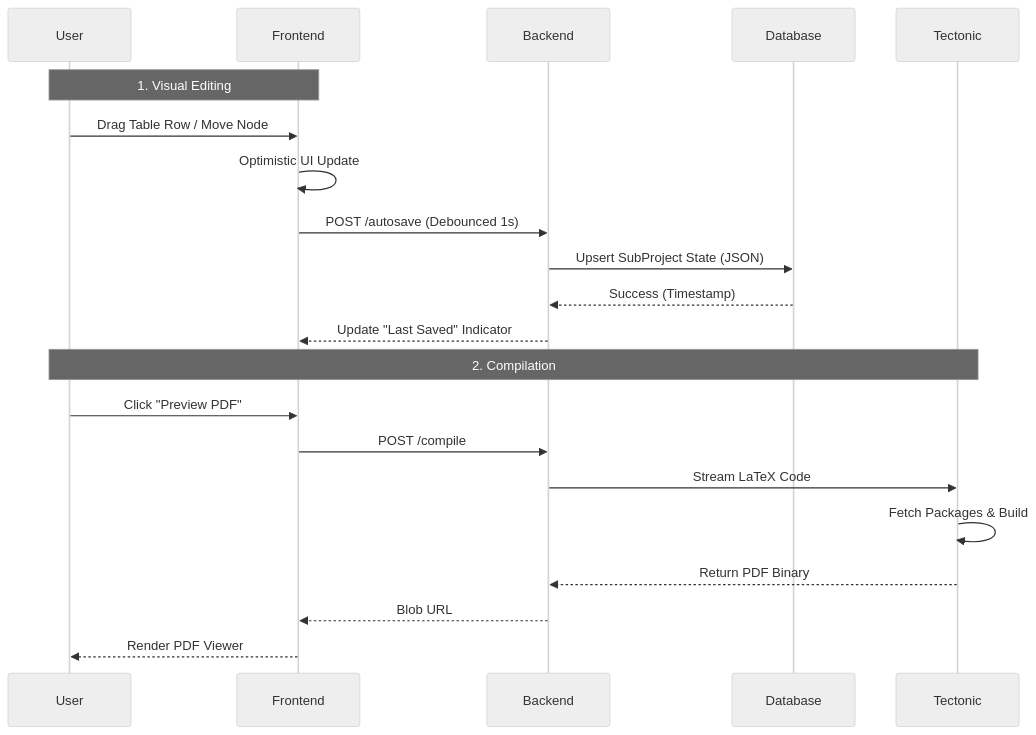
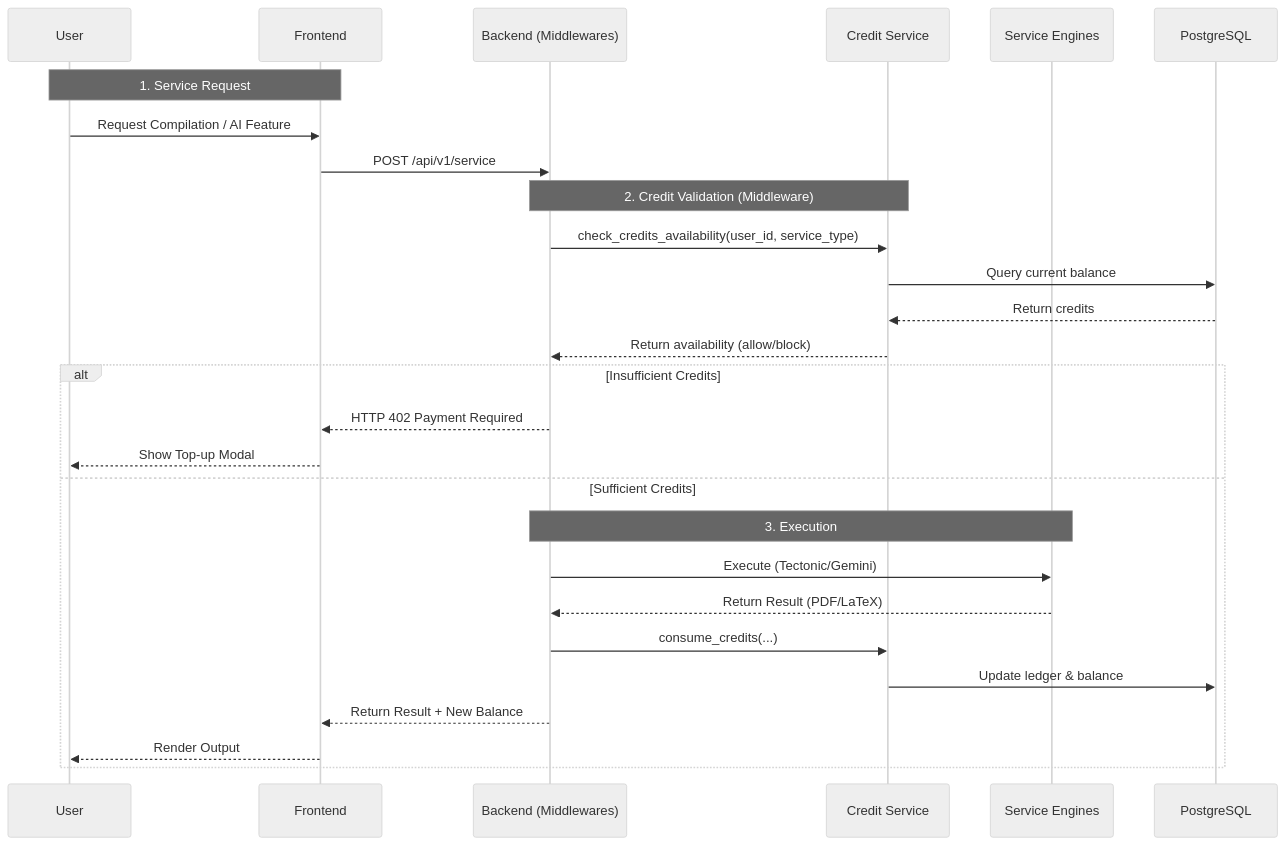
Before and after one commit to Mehedi26696/Tizkit: the second of 2 diagrams in README.md, drawn with Mermaid (neutral theme). The commit also changed other lines of this file, not shown here.

````diff
--- a/README.md
+++ b/README.md
@@ -44,25 +67,32 @@
 ```mermaid
 sequenceDiagram
     participant U as User
     participant F as Frontend
-    participant B as Backend
-    participant D as Database
-    participant C as Tectonic
+    participant B as Backend (Middlewares)
+    participant Cr as Credit Service
+    participant En as Service Engines
+    participant DB as PostgreSQL
 
-    Note over U,F: 1. Visual Editing
-    U->>F: Drag Table Row / Move Node
-    F->>F: Optimistic UI Update
-    F->>B: POST /autosave (Debounced 1s)
-    B->>D: Upsert SubProject State (JSON)
-    D-->>B: Success (Timestamp)
-    B-->>F: Update "Last Saved" Indicator
-
-    Note over U,C: 2. Compilation
-    U->>F: Click "Preview PDF"
-    F->>B: POST /compile
-    B->>C: Stream LaTeX Code
-    C->>C: Fetch Packages & Build
-    C-->>B: Return PDF Binary
-    B-->>F: Blob URL
-    F-->>U: Render PDF Viewer
+    Note over U,F: 1. Service Request
+    U->>F: Request Compilation / AI Feature
+    F->>B: POST /api/v1/service
+    
+    Note over B,Cr: 2. Credit Validation (Middleware)
+    B->>Cr: check_credits_availability(user_id, service_type)
+    Cr->>DB: Query current balance
+    DB-->>Cr: Return credits
+    Cr-->>B: Return availability (allow/block)
+    
+    alt Insufficient Credits
+        B-->>F: HTTP 402 Payment Required
+        F-->>U: Show Top-up Modal
+    else Sufficient Credits
+        Note over B,En: 3. Execution
+        B->>En: Execute (Tectonic/Gemini)
+        En-->>B: Return Result (PDF/LaTeX)
+        B->>Cr: consume_credits(...)
+        Cr->>DB: Update ledger & balance
+        B-->>F: Return Result + New Balance
+        F-->>U: Render Output
+    end
 ```
````
